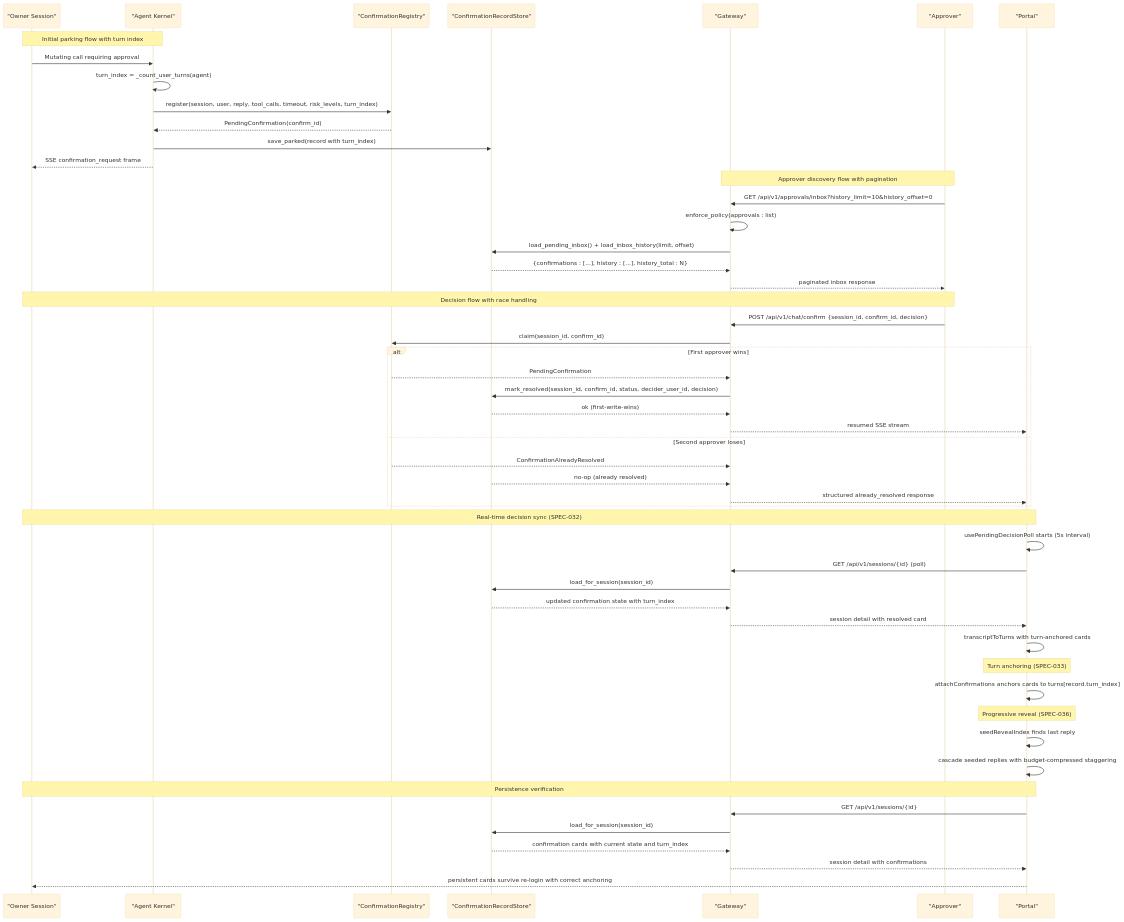
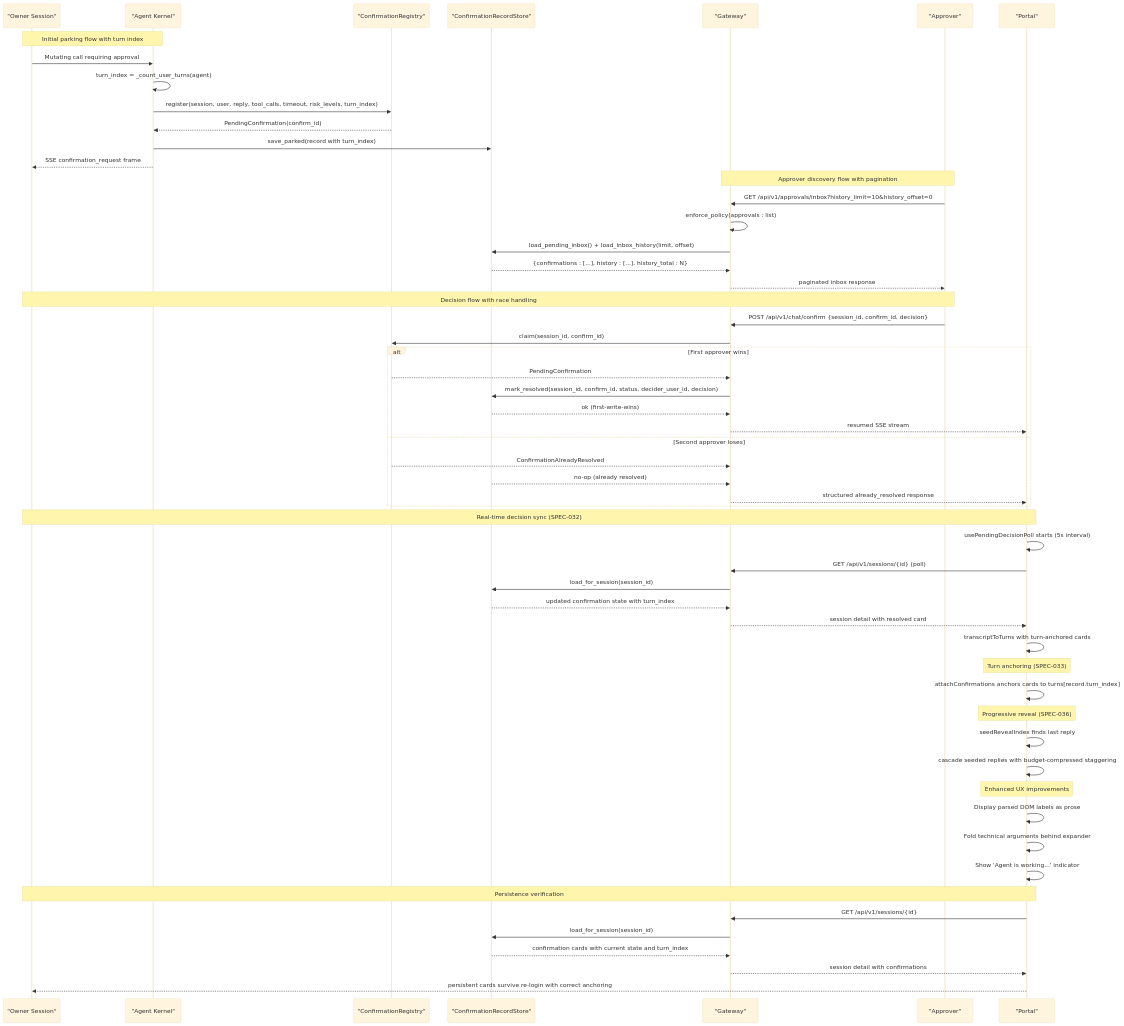
Before and after one commit to metasync/luban-aiops: the second of 13 diagrams in .qoder/repowiki/en/content/Architecture Documentation/SPEC-031_ Approval Inbox and Persistent Confirmation Cards.md, drawn with Mermaid (base theme). The commit also changed other lines of this file and 6 other files, not shown here.

````diff
--- a/.qoder/repowiki/en/content/Architecture Documentation/SPEC-031_ Approval Inbox and Persistent Confirmation Cards.md
+++ b/.qoder/repowiki/en/content/Architecture Documentation/SPEC-031_ Approval Inbox and Persistent Confirmation Cards.md
@@ -148,54 +153,58 @@
 ```mermaid
 sequenceDiagram
 participant Owner as "Owner Session"
 participant Kernel as "Agent Kernel"
 participant Registry as "ConfirmationRegistry"
 participant Store as "ConfirmationRecordStore"
 participant Gateway as "Gateway"
 participant Approver as "Approver"
 participant Portal as "Portal"
 Note over Owner,Kernel : Initial parking flow with turn index
 Owner->>Kernel : Mutating call requiring approval
 Kernel->>Kernel : turn_index = _count_user_turns(agent)
 Kernel->>Registry : register(session, user, reply, tool_calls, timeout, risk_levels, turn_index)
 Registry-->>Kernel : PendingConfirmation(confirm_id)
 Kernel->>Store : save_parked(record with turn_index)
 Kernel-->>Owner : SSE confirmation_request frame
 Note over Approver,Gateway : Approver discovery flow with pagination
 Approver->>Gateway : GET /api/v1/approvals/inbox?history_limit=10&history_offset=0
 Gateway->>Gateway : enforce_policy(approvals : list)
 Gateway->>Store : load_pending_inbox() + load_inbox_history(limit, offset)
 Store-->>Gateway : {confirmations : [...], history : [...], history_total : N}
 Gateway-->>Approver : paginated inbox response
 Note over Approver,Owner : Decision flow with race handling
 Approver->>Gateway : POST /api/v1/chat/confirm {session_id, confirm_id, decision}
 Gateway->>Registry : claim(session_id, confirm_id)
 alt First approver wins
 Registry-->>Gateway : PendingConfirmation
 Gateway->>Store : mark_resolved(session_id, confirm_id, status, decider_user_id, decision)
 Store-->>Gateway : ok (first-write-wins)
 Gateway-->>Portal : resumed SSE stream
 else Second approver loses
 Registry-->>Gateway : ConfirmationAlreadyResolved
 Store-->>Gateway : no-op (already resolved)
 Gateway-->>Portal : structured already_resolved response
 end
 Note over Owner,Portal : Real-time decision sync (SPEC-032)
 Portal->>Portal : usePendingDecisionPoll starts (5s interval)
 Portal->>Gateway : GET /api/v1/sessions/{id} (poll)
 Gateway->>Store : load_for_session(session_id)
 Store-->>Gateway : updated confirmation state with turn_index
 Gateway-->>Portal : session detail with resolved card
 Portal->>Portal : transcriptToTurns with turn-anchored cards
 Note over Portal : Turn anchoring (SPEC-033)
 Portal->>Portal : attachConfirmations anchors cards to turns[record.turn_index]
 Note over Portal : Progressive reveal (SPEC-036)
 Portal->>Portal : seedRevealIndex finds last reply
 Portal->>Portal : cascade seeded replies with budget-compressed staggering
+Note over Portal : Enhanced UX improvements
+Portal->>Portal : Display parsed DOM labels as prose
+Portal->>Portal : Fold technical arguments behind expander
+Portal->>Portal : Show 'Agent is working...' indicator
 Note over Owner,Portal : Persistence verification
 Portal->>Gateway : GET /api/v1/sessions/{id}
 Gateway->>Store : load_for_session(session_id)
 Store-->>Gateway : confirmation cards with current state and turn_index
 Gateway-->>Portal : session detail with confirmations
 Portal-->>Owner : persistent cards survive re-login with correct anchoring
 ```
````
